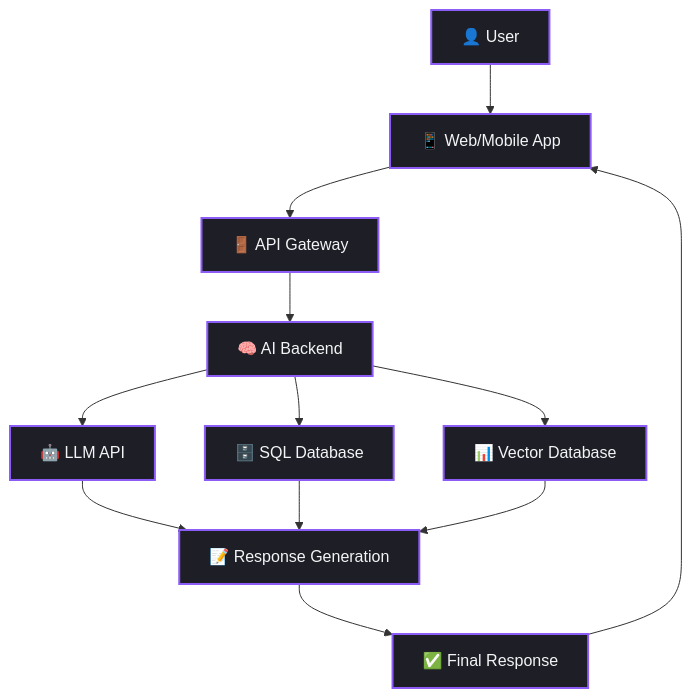
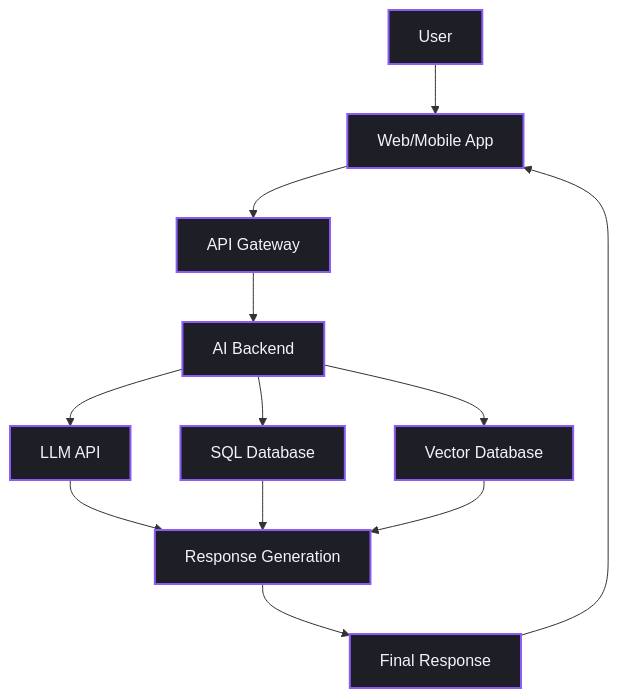
One commit to Rabetul-islam-asif/AI-Hand-Book changed the first of 7 diagrams in handbook/chapter_33.md. Above: the diagram before and after it, drawn with Mermaid. The commit also changed other lines of this file and 1 other file, not shown here.

````diff
--- a/handbook/chapter_33.md
+++ b/handbook/chapter_33.md
@@ -15,16 +15,16 @@
 ```mermaid
 flowchart TD
-    A["👤 User"] --> B["📱 Web/Mobile App"]
-    B --> C["🚪 API Gateway"]
-    C --> D["🧠 AI Backend"]
-    D --> E["🤖 LLM API"]
-    D --> F["🗄️ SQL Database"]
-    D --> G["📊 Vector Database"]
-    E --> H["📝 Response Generation"]
+    A[" User"] --> B[" Web/Mobile App"]
+    B --> C[" API Gateway"]
+    C --> D[" AI Backend"]
+    D --> E[" LLM API"]
+    D --> F[" SQL Database"]
+    D --> G[" Vector Database"]
+    E --> H[" Response Generation"]
     F --> H
     G --> H
-    H --> I["✅ Final Response"]
+    H --> I[" Final Response"]
     I --> B
 
     classDef default fill:#1E1E26,stroke:#8B5CF6,stroke-width:2px,color:#F3F4F6;
 ```
````
